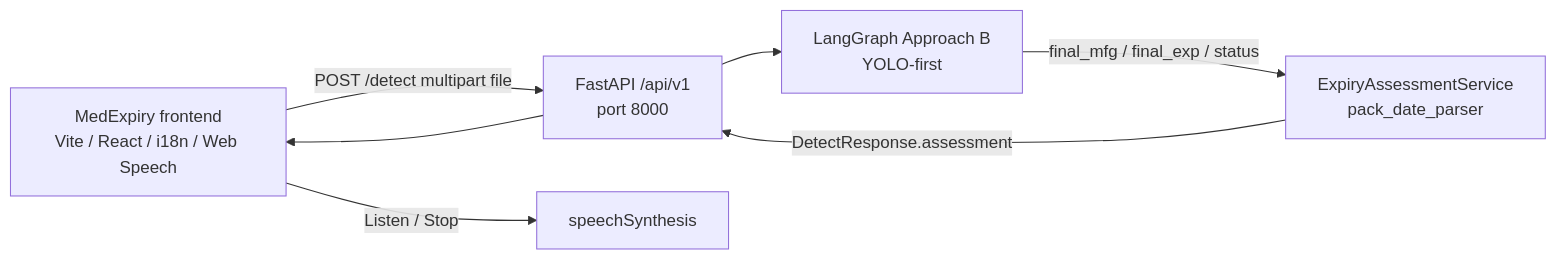
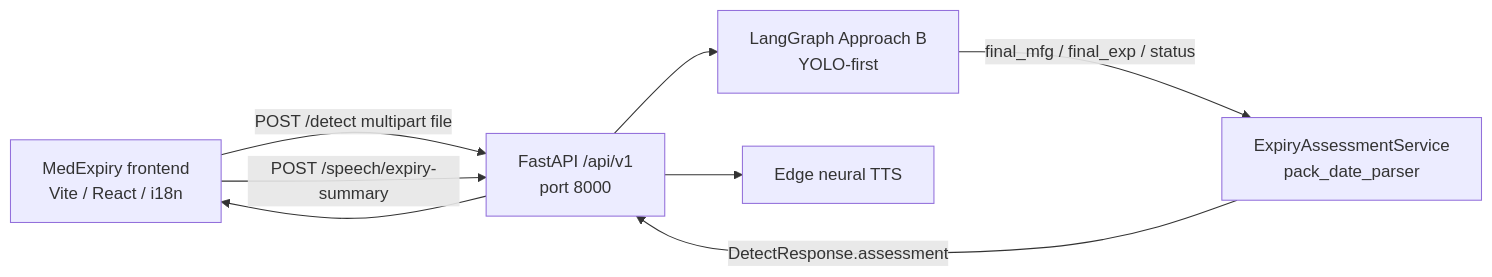
Before and after one commit to tharun7nivek/MEDICINE-EXPIRY-PROJECT: the first of 2 diagrams in AGENTIC_MEDICINE_PROJECT/docs/yolo_first_v2.md, drawn with Mermaid. The commit also changed other lines of this file and 50 other files, not shown here.

Commit message:
updated architecture design with dewarping and morphing

````diff
--- a/AGENTIC_MEDICINE_PROJECT/docs/yolo_first_v2.md
+++ b/AGENTIC_MEDICINE_PROJECT/docs/yolo_first_v2.md
@@ -30,14 +30,16 @@
 ```mermaid
 flowchart LR
-  UI["MedExpiry frontend<br/>Vite / React / i18n / Web Speech"]
+  UI["MedExpiry frontend<br/>Vite / React / i18n"]
   API["FastAPI /api/v1<br/>port 8000"]
   Graph["LangGraph Approach B<br/>YOLO-first"]
   Assess["ExpiryAssessmentService<br/>pack_date_parser"]
+  TTS["Edge neural TTS"]
 
   UI -->|"POST /detect multipart file"| API
   API --> Graph
   Graph -->|"final_mfg / final_exp / status"| Assess
   Assess -->|"DetectResponse.assessment"| API
   API --> UI
-  UI -->|"Listen / Stop"| Speech["speechSynthesis"]
+  UI -->|"POST /speech/expiry-summary"| API
+  API --> TTS
 ```
````
